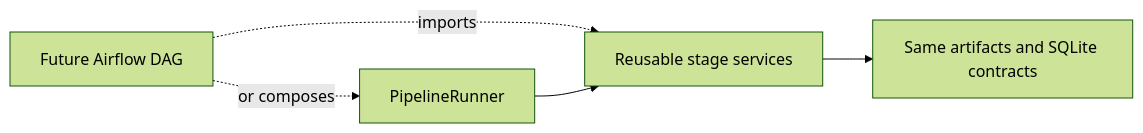
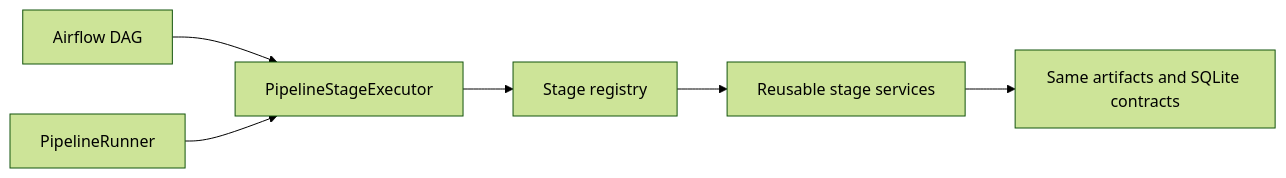
Before and after one commit to s194586/AI-Podcast-Clip-Cutter: the third of 3 diagrams in docs/PIPELINE_SERVICES.md, drawn with Mermaid (forest theme). The commit also changed other lines of this file and 44 other files, not shown here.

````diff
--- a/docs/PIPELINE_SERVICES.md
+++ b/docs/PIPELINE_SERVICES.md
@@ -126,7 +127,8 @@
 ```mermaid
 flowchart LR
-  A[Future Airflow DAG] -. imports .-> B[Reusable stage services]
-  A -. or composes .-> C[PipelineRunner]
-  C --> B
-  B --> D[Same artifacts and SQLite contracts]
+  A[Airflow DAG] --> B[PipelineStageExecutor]
+  C[PipelineRunner] --> B
+  B --> D[Stage registry]
+  D --> E[Reusable stage services]
+  E --> F[Same artifacts and SQLite contracts]
 ```
````
